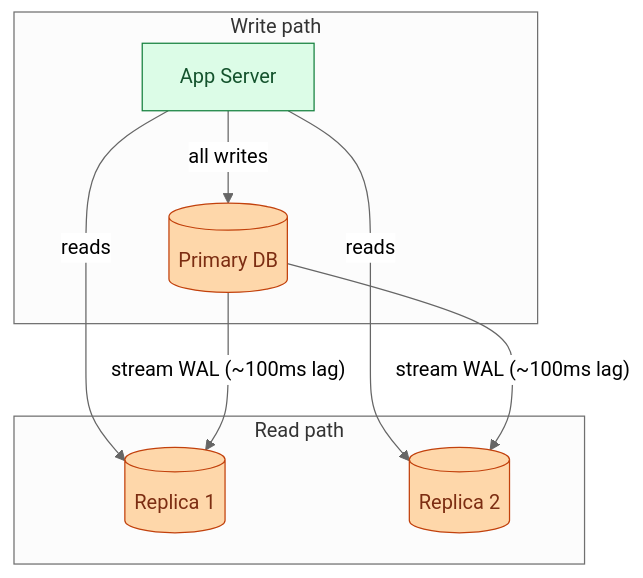
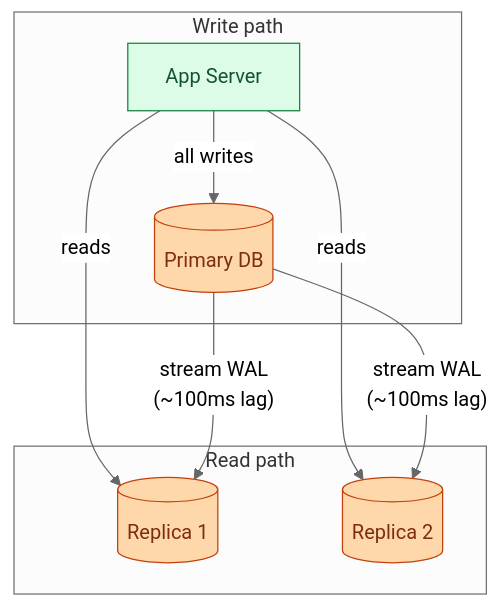
One commit to shiningflash/system-design changed the fifth of 10 diagrams in problems/017-read-heavy-patterns/solution.md. Above: the diagram before and after it, drawn with Mermaid (neutral theme). The commit also changed other lines of this file and 37 other files, not shown here.

````diff
--- a/problems/017-read-heavy-patterns/solution.md
+++ b/problems/017-read-heavy-patterns/solution.md
@@ -154,15 +154,15 @@
 ```mermaid
 flowchart TB
     subgraph Writes["Write path"]
         App["App Server"]:::app -->|"all writes"| P[("Primary DB")]:::db
     end
     subgraph Reads["Read path"]
         App -->|"reads"| Rep1[("Replica 1")]:::db
         App -->|"reads"| Rep2[("Replica 2")]:::db
     end
-    P -->|"stream WAL (~100ms lag)"| Rep1
-    P -->|"stream WAL (~100ms lag)"| Rep2
+    P -->|"stream WAL\n(~100ms lag)"| Rep1
+    P -->|"stream WAL\n(~100ms lag)"| Rep2
 
     classDef app fill:#dcfce7,stroke:#15803d,color:#14532d
     classDef db fill:#fed7aa,stroke:#c2410c,color:#7c2d12
 ```
````
